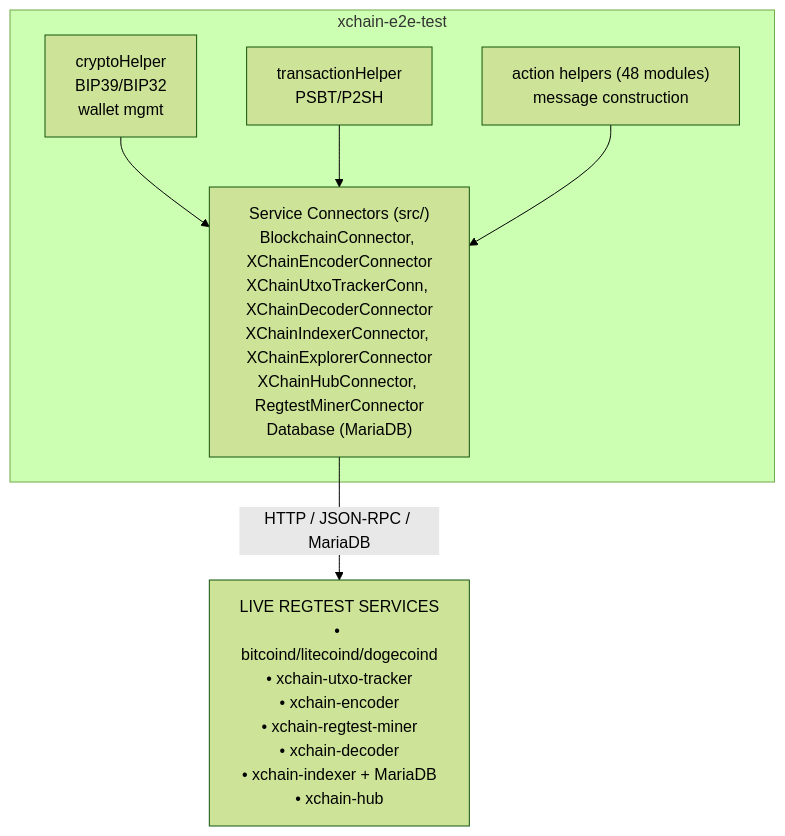
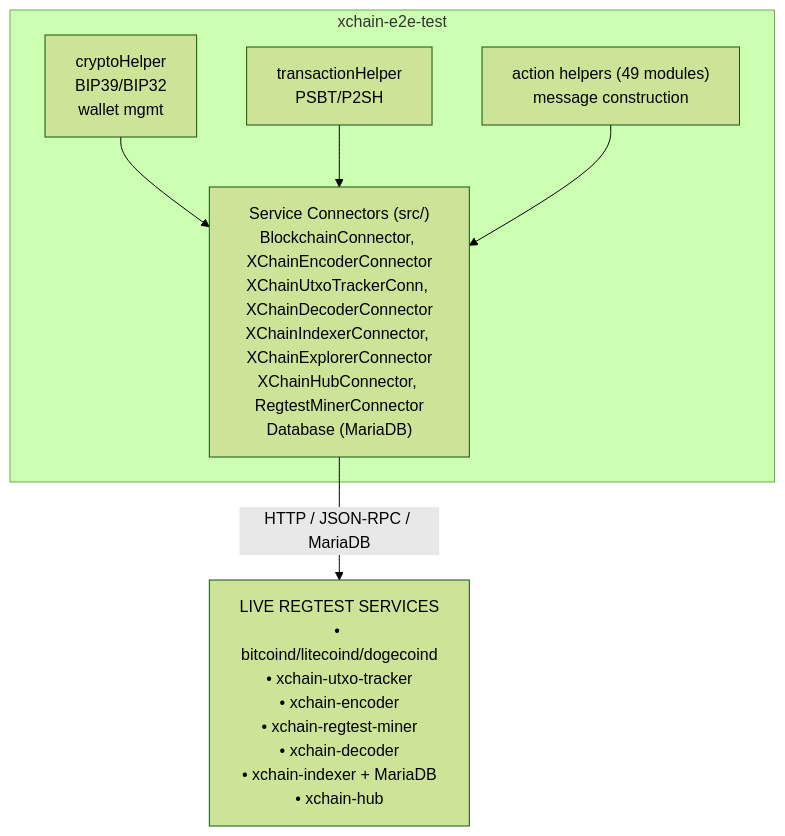
Before and after one commit to XChain-Platform/xchain-documentation: the second of 2 diagrams in components/e2e-test/README.md, drawn with Mermaid (forest theme). The commit also changed 1 other file, not shown here.

Commit message:
docs(e2e-test): document the swallowed-wait guard and its ci lint

````diff
--- a/components/e2e-test/README.md
+++ b/components/e2e-test/README.md
@@ -65,14 +65,14 @@
 ```mermaid
 flowchart TD
     subgraph E2E["xchain-e2e-test"]
         CH["cryptoHelper<br>BIP39/BIP32<br>wallet mgmt"]
         TH["transactionHelper<br>PSBT/P2SH"]
-        AH["action helpers (48 modules)<br>message construction"]
+        AH["action helpers (49 modules)<br>message construction"]
         SC["Service Connectors (src/)<br>BlockchainConnector, XChainEncoderConnector<br>XChainUtxoTrackerConn, XChainDecoderConnector<br>XChainIndexerConnector, XChainExplorerConnector<br>XChainHubConnector, RegtestMinerConnector<br>Database (MariaDB)"]
         CH --> SC
         TH --> SC
         AH --> SC
     end
     SVC["LIVE REGTEST SERVICES<br>• bitcoind/litecoind/dogecoind<br>• xchain-utxo-tracker<br>• xchain-encoder<br>• xchain-regtest-miner<br>• xchain-decoder<br>• xchain-indexer + MariaDB<br>• xchain-hub"]
     SC -->|HTTP / JSON-RPC / MariaDB| SVC
 ```
````
